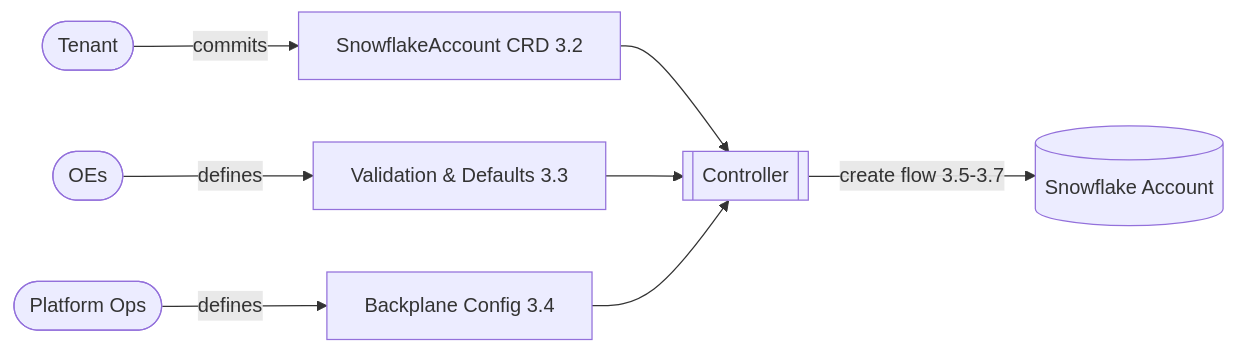
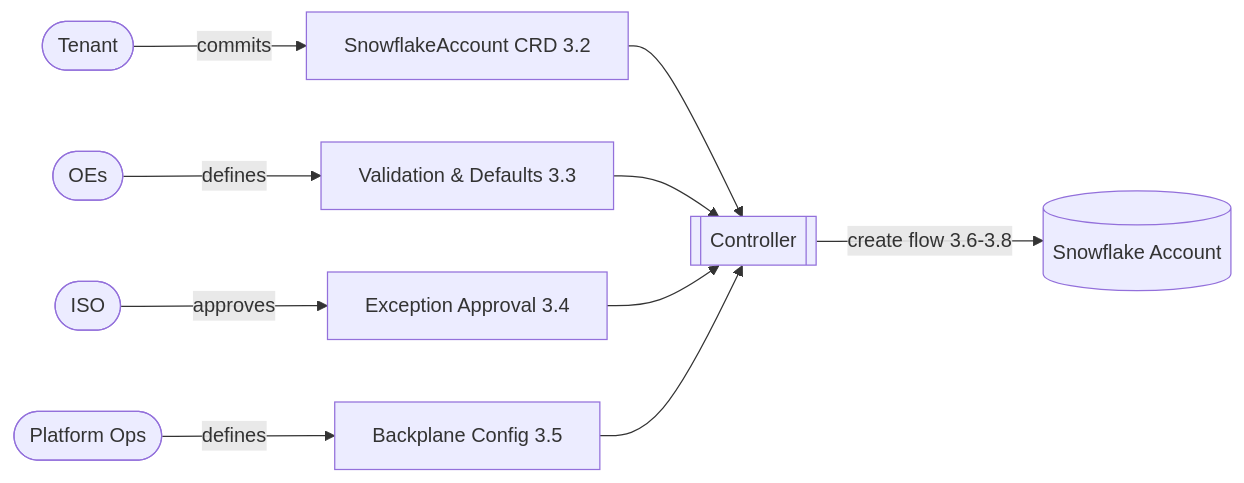
One commit to allianz/yukimi changed the diagram in specs/design.md. Above: the diagram before and after it, drawn with Mermaid. The commit also changed other lines of this file, not shown here.

Commit message:
added mermaid

````diff
--- a/specs/design.md
+++ b/specs/design.md
@@ -112,12 +112,14 @@
 ```mermaid
 flowchart LR
     Tenant([Tenant]) -->|commits| CRD[SnowflakeAccount CRD 3.2]
     OEs([OEs]) -->|defines| ValidationRules[Validation & Defaults 3.3]
-    Ops([Platform Ops]) -->|defines| BackplaneConfig[Backplane Config 3.4]
+    ISO([ISO]) -->|approves| Exceptions[Exception Approval 3.4]
+    Ops([Platform Ops]) -->|defines| BackplaneConfig[Backplane Config 3.5]
 
     CRD --> Controller[[Controller]]
     ValidationRules --> Controller
+    Exceptions --> Controller
     BackplaneConfig --> Controller
 
-    Controller -->|create flow 3.5-3.7| Snowflake[(Snowflake Account)]
+    Controller -->|create flow 3.6-3.8| Snowflake[(Snowflake Account)]
 ```
````
